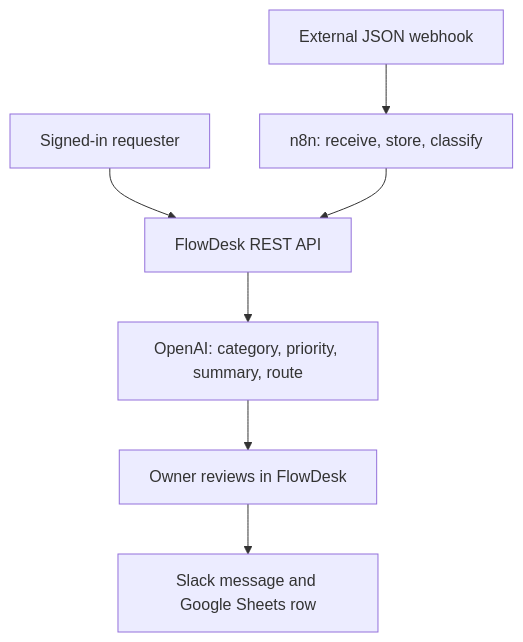
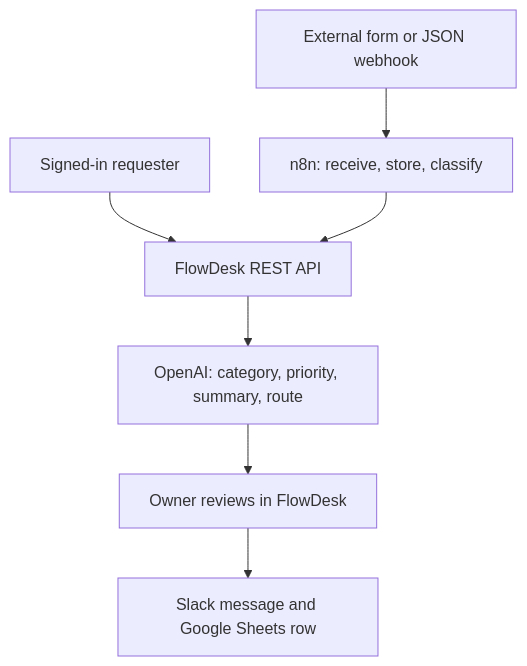
Before and after one commit to priyanka1vivek/ai-workflow-automation-agent: the diagram in README.md, drawn with Mermaid. The commit also changed other lines of this file and 8 other files, not shown here.

Commit message:
Add external intake form that sends to n8n webhook

````diff
--- a/README.md
+++ b/README.md
@@ -7,9 +7,9 @@
 ```mermaid
 flowchart TD
-    A["External JSON webhook"] --> B["n8n: receive, store, classify"]
+    A["External form or JSON webhook"] --> B["n8n: receive, store, classify"]
     C["Signed-in requester"] --> D["FlowDesk REST API"]
     B --> D
     D --> E["OpenAI: category, priority, summary, route"]
     E --> F["Owner reviews in FlowDesk"]
     F --> G["Slack message and Google Sheets row"]
 ```
````
